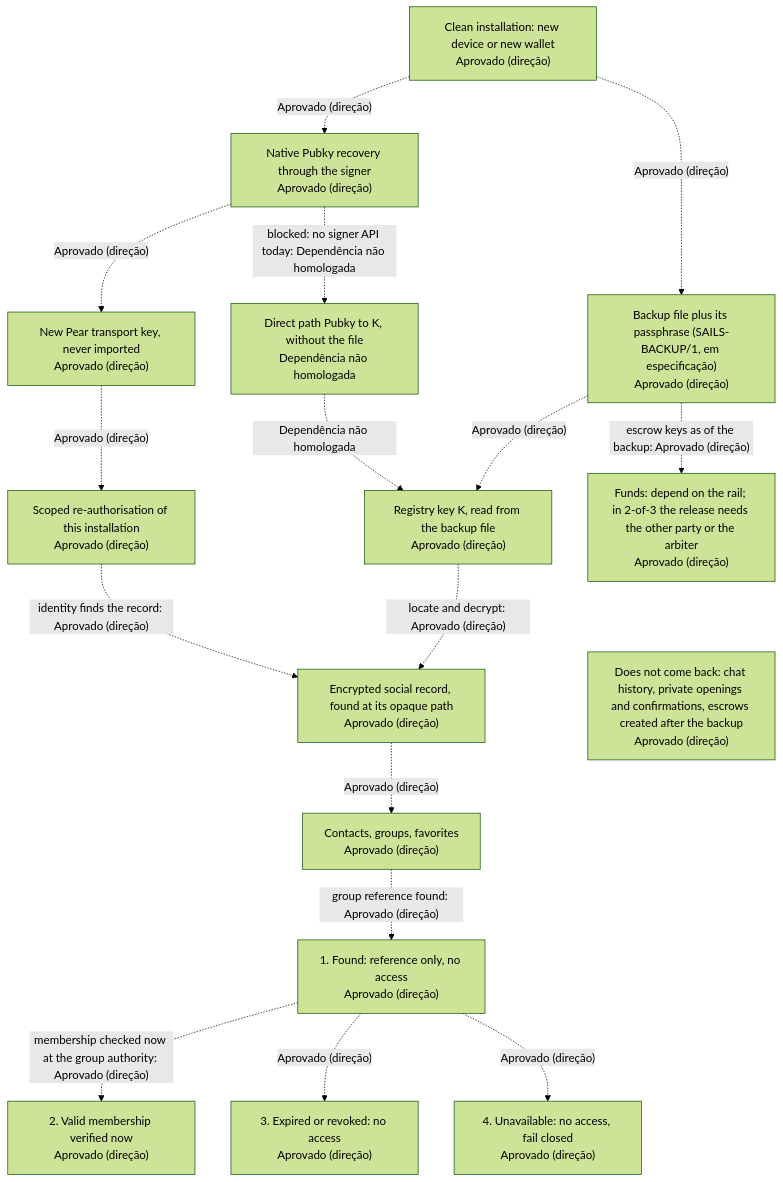
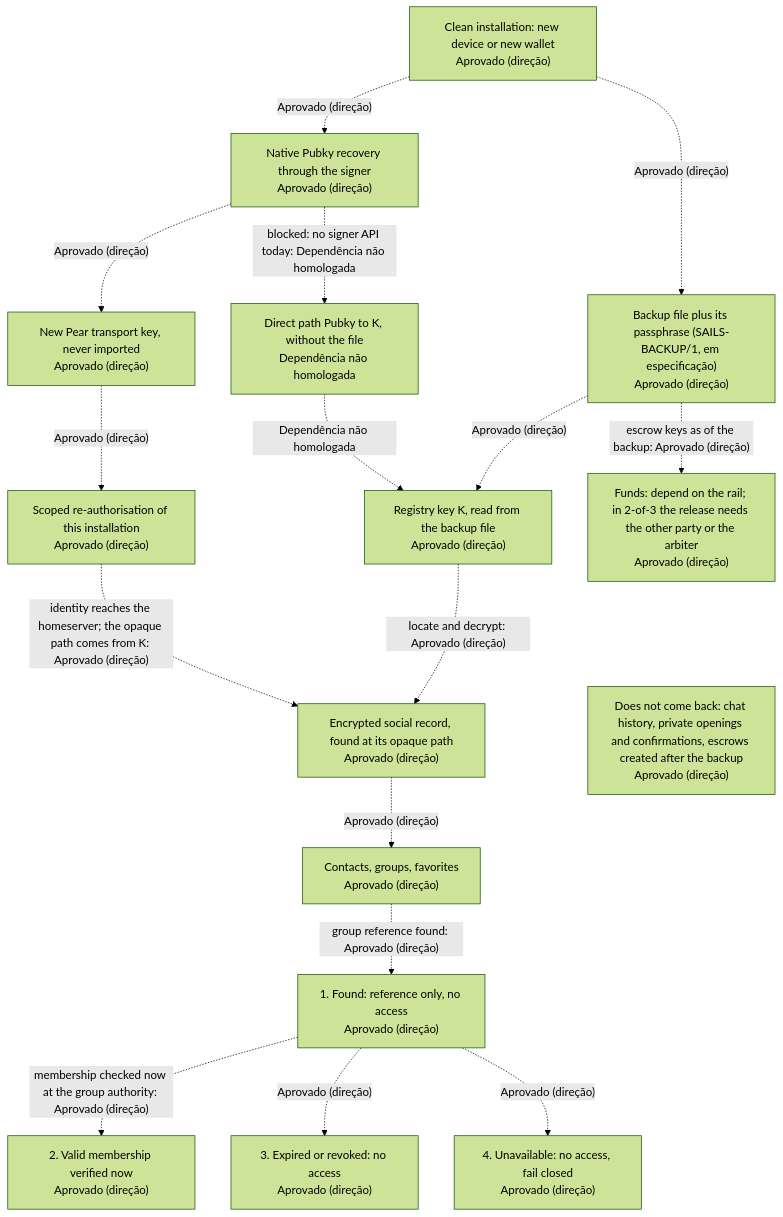
The fifth of 6 diagrams in docs/SYSTEM_DESIGN.md (sails-protocol/Sails-Protocol), drawn with Mermaid (forest theme) before and after one commit. The commit also changed other lines of this file, not shown here.

Commit message:
docs: ajustes de segurança/precisão dos diagramas de identidade (GK)

````diff
--- a/docs/SYSTEM_DESIGN.md
+++ b/docs/SYSTEM_DESIGN.md
@@ -689,29 +690,29 @@
 ```mermaid
 flowchart TD
   S["Clean installation: new device or new wallet<br/>Aprovado (direção)"]
   A["Native Pubky recovery through the signer<br/>Aprovado (direção)"]
   B["New Pear transport key, never imported<br/>Aprovado (direção)"]
   C["Scoped re-authorisation of this installation<br/>Aprovado (direção)"]
   F["Backup file plus its passphrase (SAILS-BACKUP/1, em especificação)<br/>Aprovado (direção)"]
   K["Registry key K, read from the backup file<br/>Aprovado (direção)"]
   R["Encrypted social record, found at its opaque path<br/>Aprovado (direção)"]
   L["Contacts, groups, favorites<br/>Aprovado (direção)"]
   PK["Direct path Pubky to K, without the file<br/>Dependência não homologada"]
   S -.->|"Aprovado (direção)"| A
   A -.->|"Aprovado (direção)"| B
   B -.->|"Aprovado (direção)"| C
   S -.->|"Aprovado (direção)"| F
   F -.->|"Aprovado (direção)"| K
   K -.->|"locate and decrypt: Aprovado (direção)"| R
-  C -.->|"identity finds the record: Aprovado (direção)"| R
+  C -.->|"identity reaches the homeserver; the opaque path comes from K: Aprovado (direção)"| R
   R -.->|"Aprovado (direção)"| L
   A -.->|"blocked: no signer API today: Dependência não homologada"| PK
   PK -.->|"Dependência não homologada"| K
   L -.->|"group reference found: Aprovado (direção)"| grpFound["1. Found: reference only, no access<br/>Aprovado (direção)"]
   grpFound -.->|"membership checked now at the group authority: Aprovado (direção)"| grpValid["2. Valid membership verified now<br/>Aprovado (direção)"]
   grpFound -.->|"Aprovado (direção)"| grpRevoked["3. Expired or revoked: no access<br/>Aprovado (direção)"]
   grpFound -.->|"Aprovado (direção)"| grpUnavailable["4. Unavailable: no access, fail closed<br/>Aprovado (direção)"]
   F -.->|"escrow keys as of the backup: Aprovado (direção)"| FD["Funds: depend on the rail; in 2-of-3 the release needs the other party or the arbiter<br/>Aprovado (direção)"]
   NB["Does not come back: chat history, private openings and confirmations, escrows created after the backup<br/>Aprovado (direção)"]
   FD ~~~ NB
 ```
````
